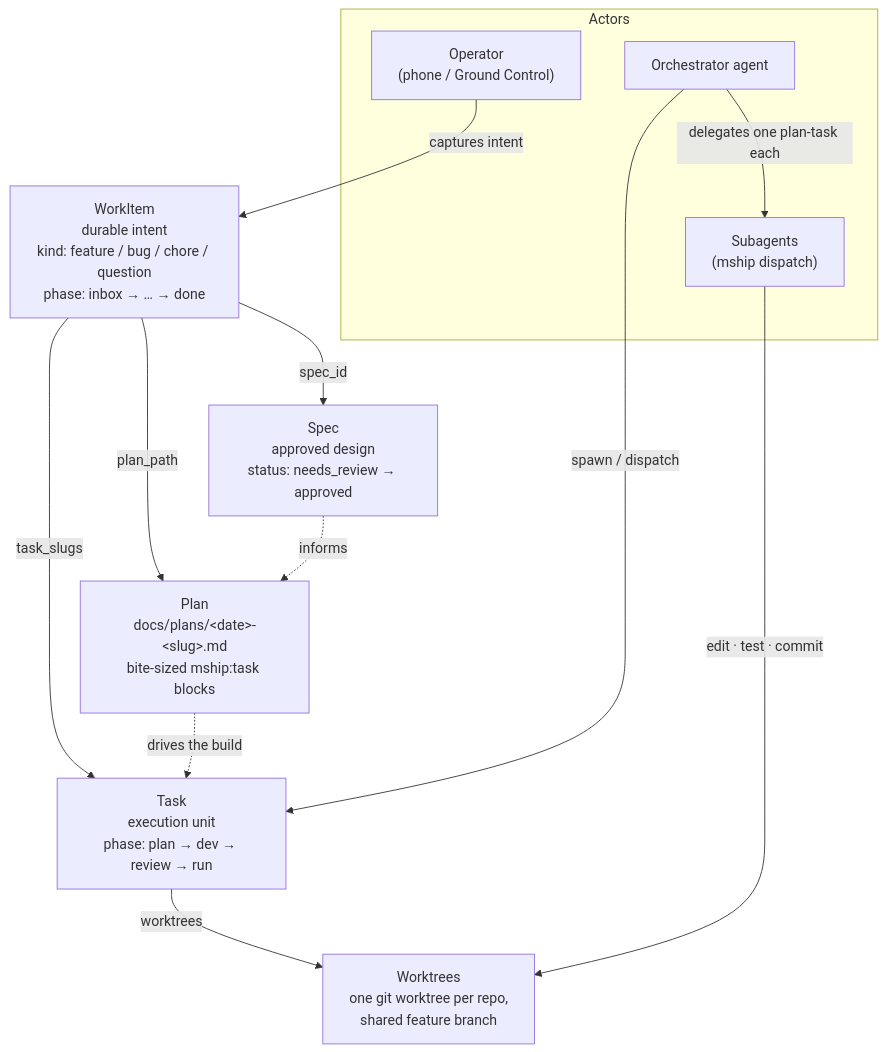
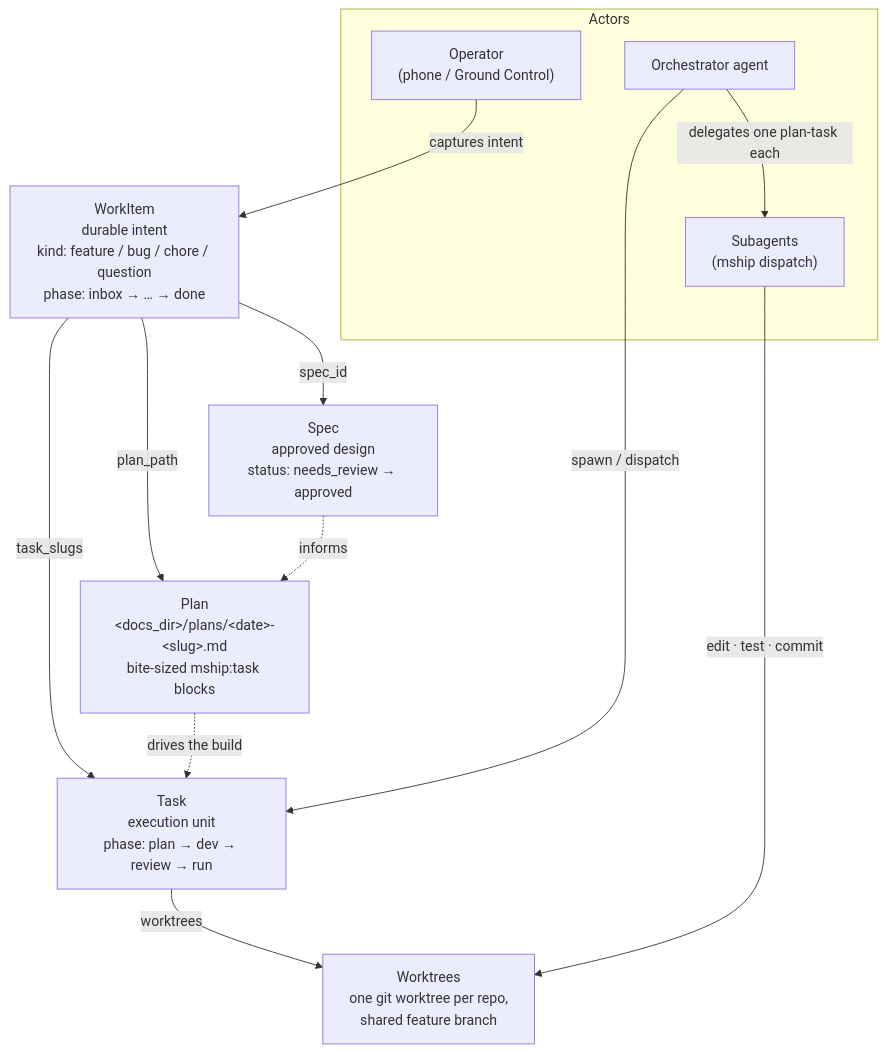
The first of 2 diagrams in docs/concepts.md (atomikpanda/mothership), drawn with Mermaid before and after one commit. The commit also changed other lines of this file, not shown here.

First line of the commit message:
docs: use <docs_dir>/plans not hardcoded docs/plans in concepts (Greptile)

````diff
--- a/docs/concepts.md
+++ b/docs/concepts.md
@@ -9,25 +9,25 @@
 ```mermaid
 graph TD
     subgraph actors[Actors]
       OP["Operator<br/>(phone / Ground Control)"]
       ORCH["Orchestrator agent"]
       SUB["Subagents<br/>(mship dispatch)"]
     end
 
     WI["WorkItem<br/>durable intent<br/>kind: feature / bug / chore / question<br/>phase: inbox → … → done"]
     SPEC["Spec<br/>approved design<br/>status: needs_review → approved"]
-    PLAN["Plan<br/>docs/plans/&lt;date&gt;-&lt;slug&gt;.md<br/>bite-sized mship:task blocks"]
+    PLAN["Plan<br/>&lt;docs_dir&gt;/plans/&lt;date&gt;-&lt;slug&gt;.md<br/>bite-sized mship:task blocks"]
     TASK["Task<br/>execution unit<br/>phase: plan → dev → review → run"]
     WT["Worktrees<br/>one git worktree per repo,<br/>shared feature branch"]
 
     OP -->|"captures intent"| WI
     WI -->|"spec_id"| SPEC
     WI -->|"plan_path"| PLAN
     WI -->|"task_slugs"| TASK
     SPEC -.->|"informs"| PLAN
     PLAN -.->|"drives the build"| TASK
     TASK -->|"worktrees"| WT
     ORCH -->|"spawn / dispatch"| TASK
     ORCH -->|"delegates one plan-task each"| SUB
     SUB -->|"edit · test · commit"| WT
 ```
````
